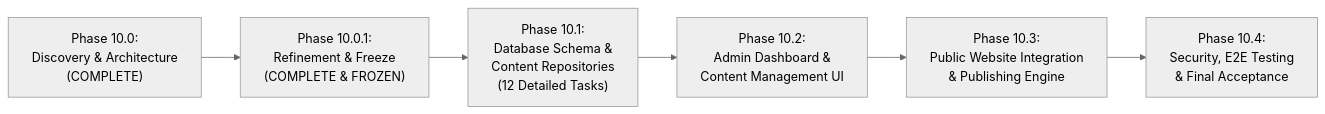
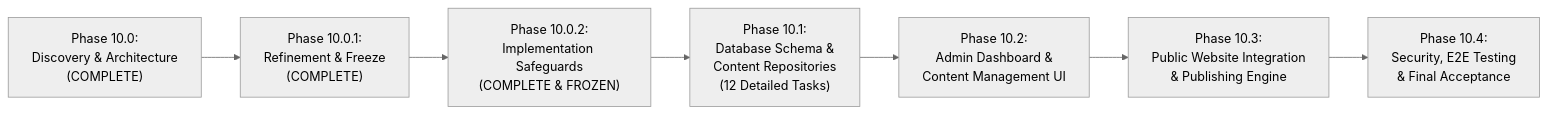
One commit to void-tech-shiv/Voidtechsolution changed the diagram in docs/phases/PHASE_10_ROADMAP.md. Above: the diagram before and after it, drawn with Mermaid (neutral theme). The commit also changed other lines of this file and 11 other files, not shown here.

Commit message:
docs(phase-10.0.2): incorporate final CMS implementation safeguards and freeze architecture

````diff
--- a/docs/phases/PHASE_10_ROADMAP.md
+++ b/docs/phases/PHASE_10_ROADMAP.md
@@ -17,8 +17,9 @@
 ```mermaid
 flowchart LR
-    M10_0["Phase 10.0:<br/>Discovery & Architecture<br/>(COMPLETE)"] --> M10_0_1["Phase 10.0.1:<br/>Refinement & Freeze<br/>(COMPLETE & FROZEN)"]
-    M10_0_1 --> M10_1["Phase 10.1:<br/>Database Schema &<br/>Content Repositories<br/>(12 Detailed Tasks)"]
+    M10_0["Phase 10.0:<br/>Discovery & Architecture<br/>(COMPLETE)"] --> M10_0_1["Phase 10.0.1:<br/>Refinement & Freeze<br/>(COMPLETE)"]
+    M10_0_1 --> M10_0_2["Phase 10.0.2:<br/>Implementation Safeguards<br/>(COMPLETE & FROZEN)"]
+    M10_0_2 --> M10_1["Phase 10.1:<br/>Database Schema &<br/>Content Repositories<br/>(12 Detailed Tasks)"]
     M10_1 --> M10_2["Phase 10.2:<br/>Admin Dashboard &<br/>Content Management UI"]
     M10_2 --> M10_3["Phase 10.3:<br/>Public Website Integration<br/>& Publishing Engine"]
     M10_3 --> M10_4["Phase 10.4:<br/>Security, E2E Testing<br/>& Final Acceptance"]
 ```
````
